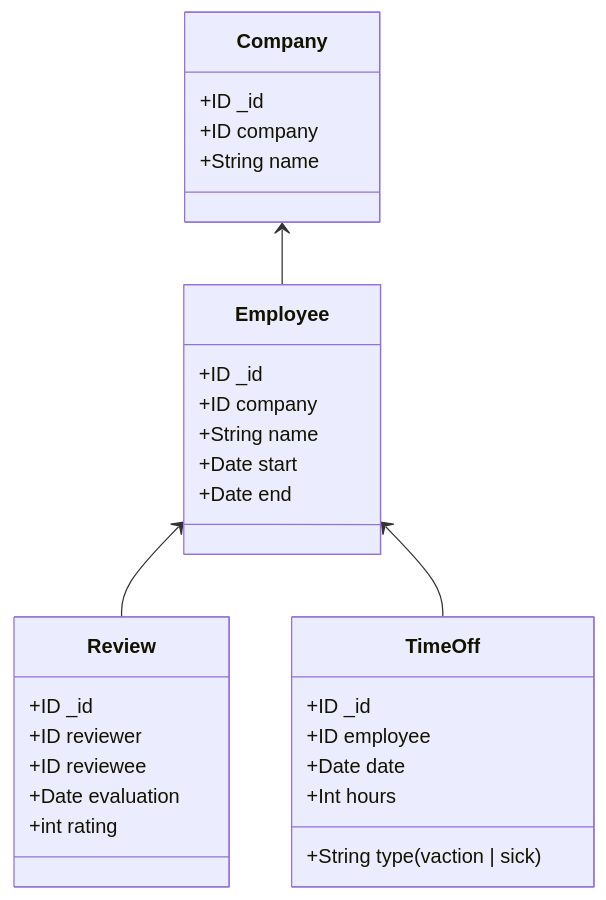
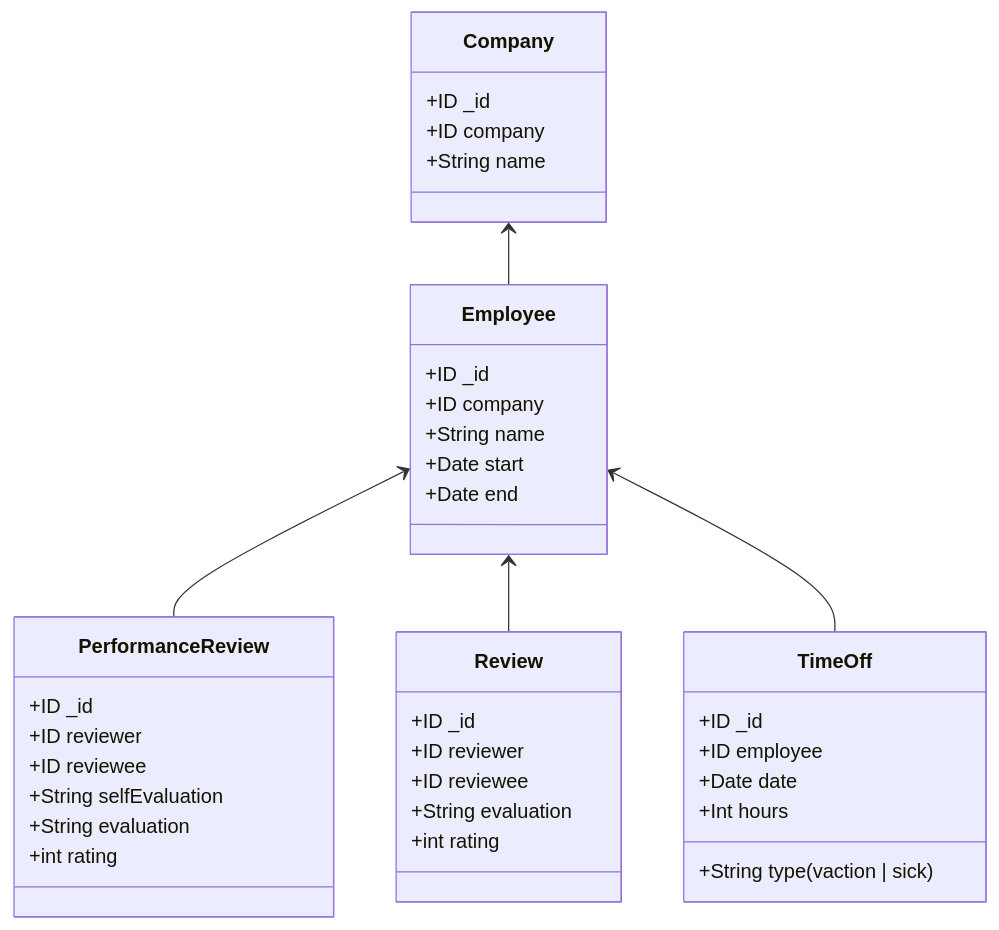
One commit to adamjberg/work changed the diagram in README.md. Above: the diagram before and after it, drawn with Mermaid. The commit also changed 3 other files, not shown here.

Commit message:
Start to performance review list

````diff
--- a/README.md
+++ b/README.md
@@ -7,32 +7,41 @@
 ```mermaid
 classDiagram
     class Company
       Company : +ID _id
       Company : +ID company
       Company : +String name
 
     class Employee
       Employee : +ID _id
       Employee : +ID company
       Employee : +String name
       Employee : +Date start
       Employee : +Date end
 
     class TimeOff
       TimeOff : +ID _id
       TimeOff : +ID employee
       TimeOff : +Date date
       TimeOff : +Int hours
       TimeOff : +String type (vaction | sick)
 
     class Review
       Review : +ID _id
       Review : +ID reviewer
       Review : +ID reviewee
-      Review : +Date evaluation
+      Review : +String evaluation
       Review : +int rating
+    
+    class PerformanceReview
+      PerformanceReview : +ID _id
+      PerformanceReview : +ID reviewer
+      PerformanceReview : +ID reviewee
+      PerformanceReview : +String selfEvaluation
+      PerformanceReview : +String evaluation
+      PerformanceReview : +int rating
 
     Company <-- Employee
+    Employee <-- PerformanceReview
     Employee <-- Review
     Employee <-- TimeOff
 ```
````
